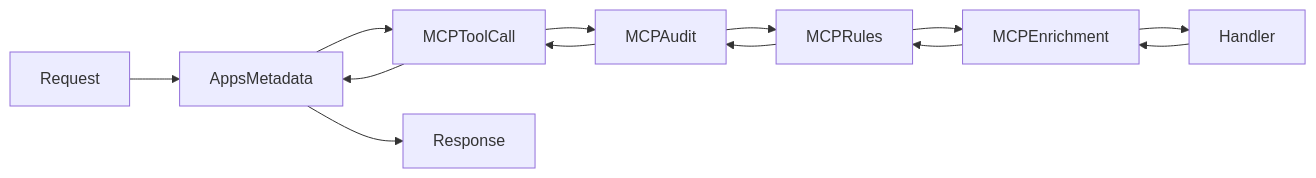
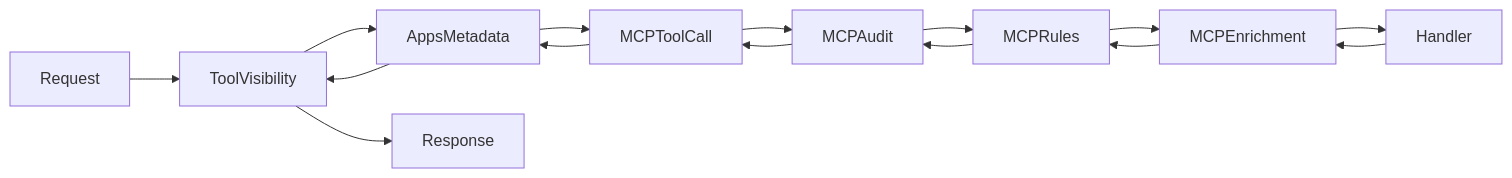
Before and after one commit to txn2/mcp-data-platform: the diagram in docs/reference/middleware.md, drawn with Mermaid. The commit also changed other lines of this file and 17 other files, not shown here.

First line of the commit message:
feat: config-driven tool visibility filtering for tools/list token reduction (#90)

````diff
--- a/docs/reference/middleware.md
+++ b/docs/reference/middleware.md
@@ -7,15 +7,17 @@
 ```mermaid
 graph LR
-    Request --> AppsMetadata
+    Request --> ToolVisibility
+    ToolVisibility --> AppsMetadata
     AppsMetadata --> MCPToolCall
     MCPToolCall --> MCPAudit
     MCPAudit --> MCPRules
     MCPRules --> MCPEnrichment
     MCPEnrichment --> Handler
     Handler --> MCPEnrichment
     MCPEnrichment --> MCPRules
     MCPRules --> MCPAudit
     MCPAudit --> MCPToolCall
     MCPToolCall --> AppsMetadata
-    AppsMetadata --> Response
+    AppsMetadata --> ToolVisibility
+    ToolVisibility --> Response
 ```
````
